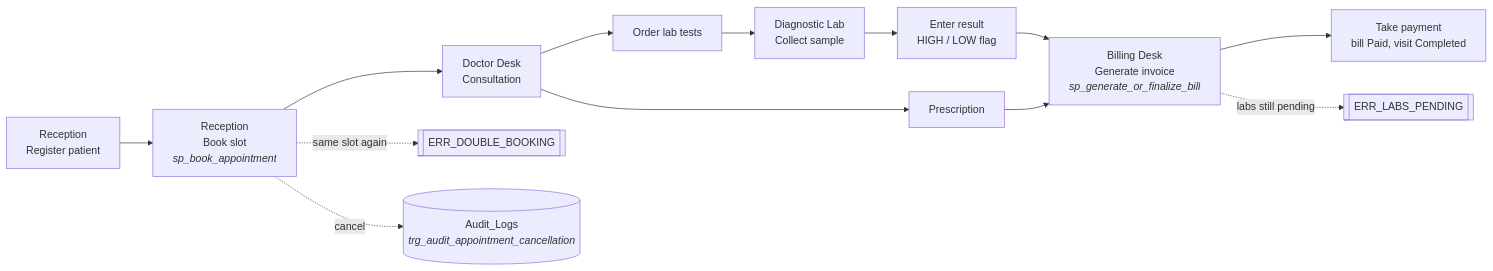
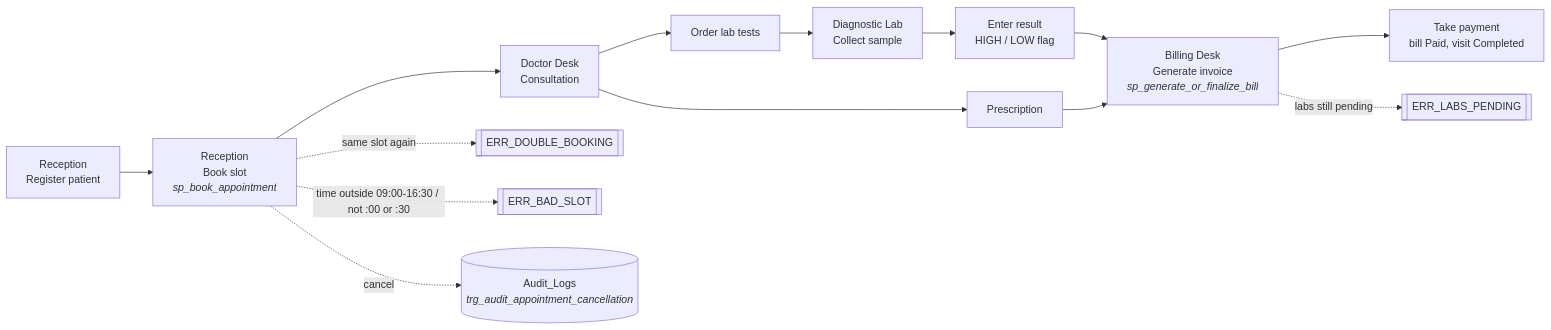
One commit to palerialina/DBMS-CLINIC-PORTAL changed the diagram in README.md. Above: the diagram before and after it, drawn with Mermaid. The commit also changed other lines of this file and 6 other files, not shown here.

First line of the commit message:
Add Riya's 18 Oct schema/procedure/test updates and design docs

````diff
--- a/README.md
+++ b/README.md
@@ -65,15 +69,16 @@
 ```mermaid
 flowchart LR
     R1[Reception<br/>Register patient] --> R2[Reception<br/>Book slot<br/><i>sp_book_appointment</i>]
     R2 --> D1[Doctor Desk<br/>Consultation]
     D1 --> D2[Prescription]
     D1 --> D3[Order lab tests]
     D3 --> L1[Diagnostic Lab<br/>Collect sample]
     L1 --> L2[Enter result<br/>HIGH / LOW flag]
     L2 --> B1[Billing Desk<br/>Generate invoice<br/><i>sp_generate_or_finalize_bill</i>]
     D2 --> B1
     B1 --> B2[Take payment<br/>bill Paid, visit Completed]
     R2 -. same slot again .-> X1[[ERR_DOUBLE_BOOKING]]
+    R2 -. time outside 09:00-16:30 / not :00 or :30 .-> X3[[ERR_BAD_SLOT]]
     B1 -. labs still pending .-> X2[[ERR_LABS_PENDING]]
     R2 -. cancel .-> A1[(Audit_Logs<br/><i>trg_audit_appointment_cancellation</i>)]
 ```
````
